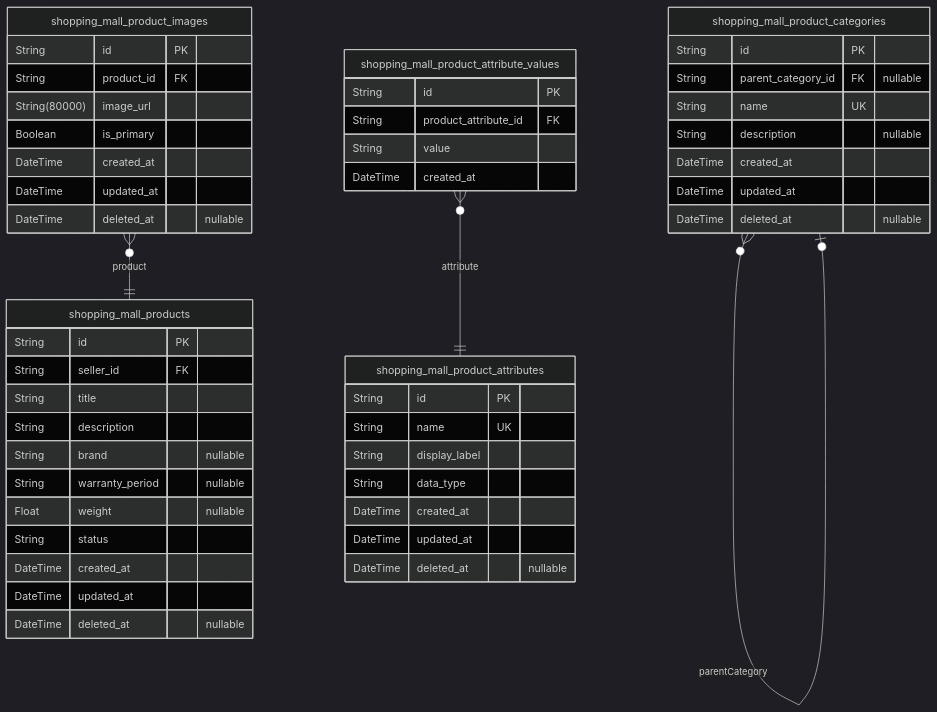
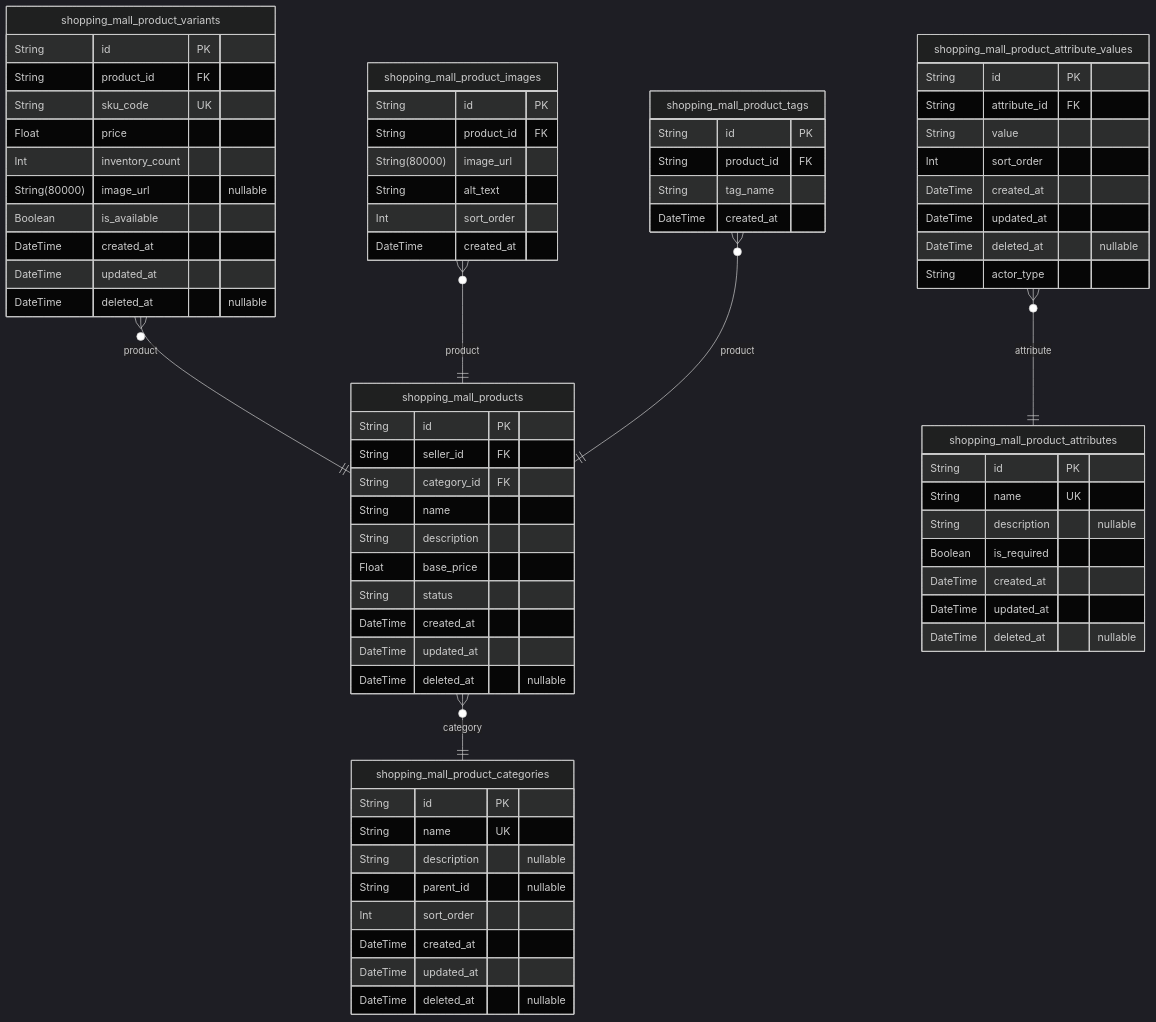
The third of 11 diagrams in qwen/qwen3-next-80b-a3b-instruct/shopping/docs/ERD.md (wrtnlabs/autobe-examples), drawn with Mermaid (dark theme) before and after one commit. The commit also changed other lines of this file and 22498 other files, not shown here.

````diff
--- a/qwen/qwen3-next-80b-a3b-instruct/shopping/docs/ERD.md
+++ b/qwen/qwen3-next-80b-a3b-instruct/shopping/docs/ERD.md
@@ -552,52 +860,75 @@
 ```mermaid
 erDiagram
 "shopping_mall_products" {
   String id PK
   String seller_id FK
-  String title
+  String category_id FK
+  String name
   String description
-  String brand "nullable"
-  String warranty_period "nullable"
-  Float weight "nullable"
+  Float base_price
   String status
   DateTime created_at
   DateTime updated_at
   DateTime deleted_at "nullable"
 }
-"shopping_mall_product_categories" {
+"shopping_mall_product_variants" {
   String id PK
-  String parent_category_id FK "nullable"
-  String name UK
-  String description "nullable"
+  String product_id FK
+  String sku_code UK
+  Float price
+  Int inventory_count
+  String(80000) image_url "nullable"
+  Boolean is_available
   DateTime created_at
   DateTime updated_at
   DateTime deleted_at "nullable"
 }
+"shopping_mall_product_images" {
+  String id PK
+  String product_id FK
+  String(80000) image_url
+  String alt_text
+  Int sort_order
+  DateTime created_at
+}
 "shopping_mall_product_attributes" {
   String id PK
   String name UK
-  String display_label
-  String data_type
+  String description "nullable"
+  Boolean is_required
   DateTime created_at
   DateTime updated_at
   DateTime deleted_at "nullable"
 }
 "shopping_mall_product_attribute_values" {
   String id PK
-  String product_attribute_id FK
+  String attribute_id FK
   String value
+  Int sort_order
   DateTime created_at
+  DateTime updated_at
+  DateTime deleted_at "nullable"
+  String actor_type
 }
-"shopping_mall_product_images" {
+"shopping_mall_product_categories" {
   String id PK
-  String product_id FK
-  String(80000) image_url
-  Boolean is_primary
+  String name UK
+  String description "nullable"
+  String parent_id "nullable"
+  Int sort_order
   DateTime created_at
   DateTime updated_at
   DateTime deleted_at "nullable"
 }
-"shopping_mall_product_categories" }o--o| "shopping_mall_product_categories" : parentCategory
+"shopping_mall_product_tags" {
+  String id PK
+  String product_id FK
+  String tag_name
+  DateTime created_at
+}
+"shopping_mall_products" }o--|| "shopping_mall_product_categories" : category
+"shopping_mall_product_variants" }o--|| "shopping_mall_products" : product
+"shopping_mall_product_images" }o--|| "shopping_mall_products" : product
 "shopping_mall_product_attribute_values" }o--|| "shopping_mall_product_attributes" : attribute
-"shopping_mall_product_images" }o--|| "shopping_mall_products" : product
+"shopping_mall_product_tags" }o--|| "shopping_mall_products" : product
 ```
````
